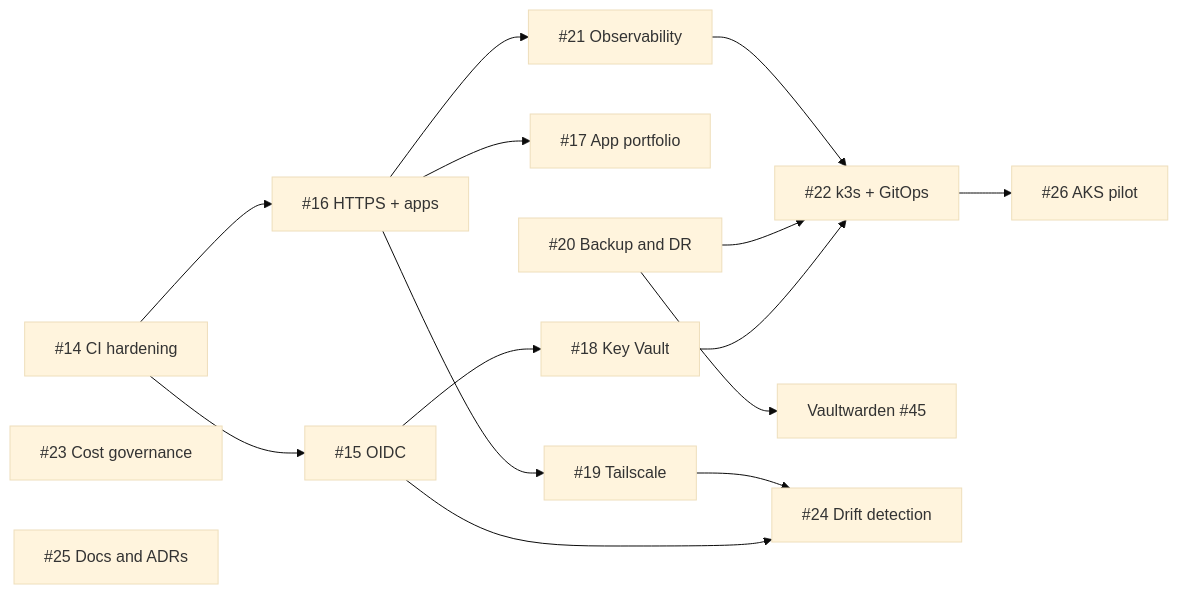
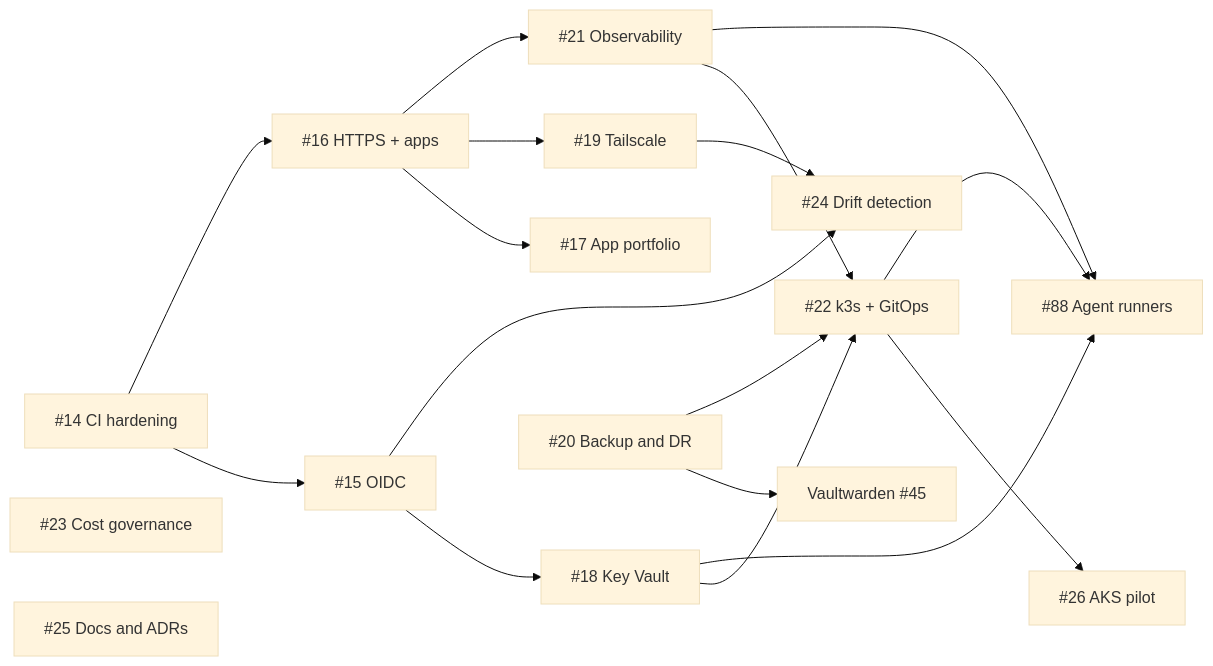
One commit to 114snehasish/homelab-public changed the diagram in docs/roadmap.md. Above: the diagram before and after it, drawn with Mermaid (base theme). The commit also changed other lines of this file, not shown here.

First line of the commit message:
docs: add month-2 E14 epic (ephemeral Claude Code agent runners) to roadmap

````diff
--- a/docs/roadmap.md
+++ b/docs/roadmap.md
@@ -49,18 +50,21 @@
 ```mermaid
 graph LR
   E01[#14 CI hardening] --> E02[#15 OIDC]
   E01 --> E03[#16 HTTPS + apps]
   E02 --> E05[#18 Key Vault]
   E03 --> E04[#17 App portfolio]
   E03 --> E06[#19 Tailscale]
   E03 --> E08[#21 Observability]
   E05 --> E09[#22 k3s + GitOps]
   E07[#20 Backup and DR] --> E04v[Vaultwarden #45]
   E07 --> E09
   E08 --> E09
   E02 --> E11[#24 Drift detection]
   E06 --> E11
   E09 --> E13[#26 AKS pilot]
+  E09 --> E14[#88 Agent runners]
+  E05 --> E14
+  E08 --> E14
   E10[#23 Cost governance]
   E12[#25 Docs and ADRs]
 ```
````
